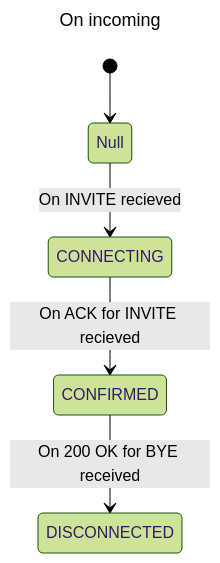
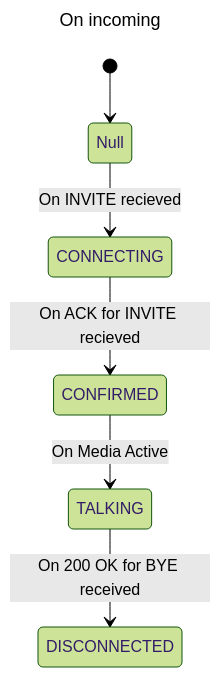
One commit to NaoakiUmedu/tanuphone changed the first of 2 diagrams in memo.md. Above: the diagram before and after it, drawn with Mermaid (forest theme). The commit also changed other lines of this file and 3 other files, not shown here.

````diff
--- a/memo.md
+++ b/memo.md
@@ -14,12 +14,13 @@
 ```mermaid
 ---
 title: On incoming
 ---
 
 stateDiagram-v2
     [*] --> Null
     Null --> CONNECTING : On INVITE recieved
     CONNECTING --> CONFIRMED : On ACK for INVITE recieved
-    CONFIRMED --> DISCONNECTED : On 200 OK for BYE received
+    CONFIRMED --> TALKING : On Media Active
+    TALKING --> DISCONNECTED : On 200 OK for BYE received
 
 ```
````
